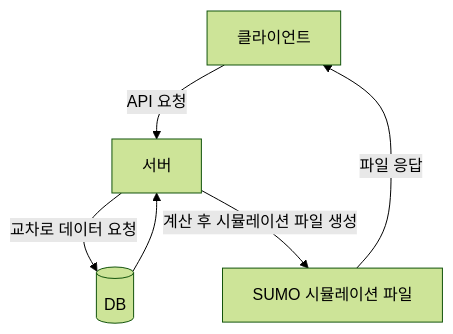
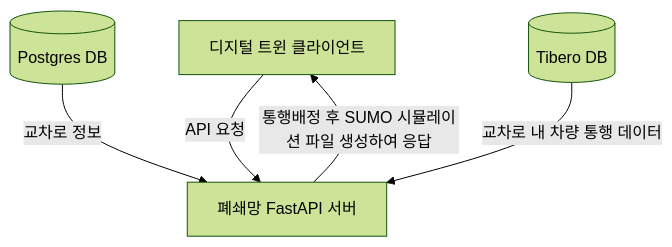
The first of 3 diagrams in pages/경력기술서.md (gvm1229/portfolio), drawn with Mermaid (forest theme) before and after one commit. The commit also changed other lines of this file, not shown here.

````diff
--- a/pages/경력기술서.md
+++ b/pages/경력기술서.md
@@ -22,8 +24,7 @@
 ```mermaid
 flowchart TD
-    A[클라이언트] -->|API 요청| B[서버]
-    B -->|교차로 데이터 요청| C[(DB)]
-    C --> B
-    B -->|계산 후 시뮬레이션 파일 생성| D[SUMO 시뮬레이션 파일]
-    D -->|파일 응답| A
+    A[디지털 트윈 클라이언트] -->|API 요청| B[폐쇄망 FastAPI 서버]
+    C[(Postgres DB)] -->|교차로 정보| B
+    D[(Tibero DB)] -->|교차로 내 차량 통행 데이터| B
+    B -->|통행배정 후 SUMO 시뮬레이션 파일 생성하여 응답| A
 ```
````
